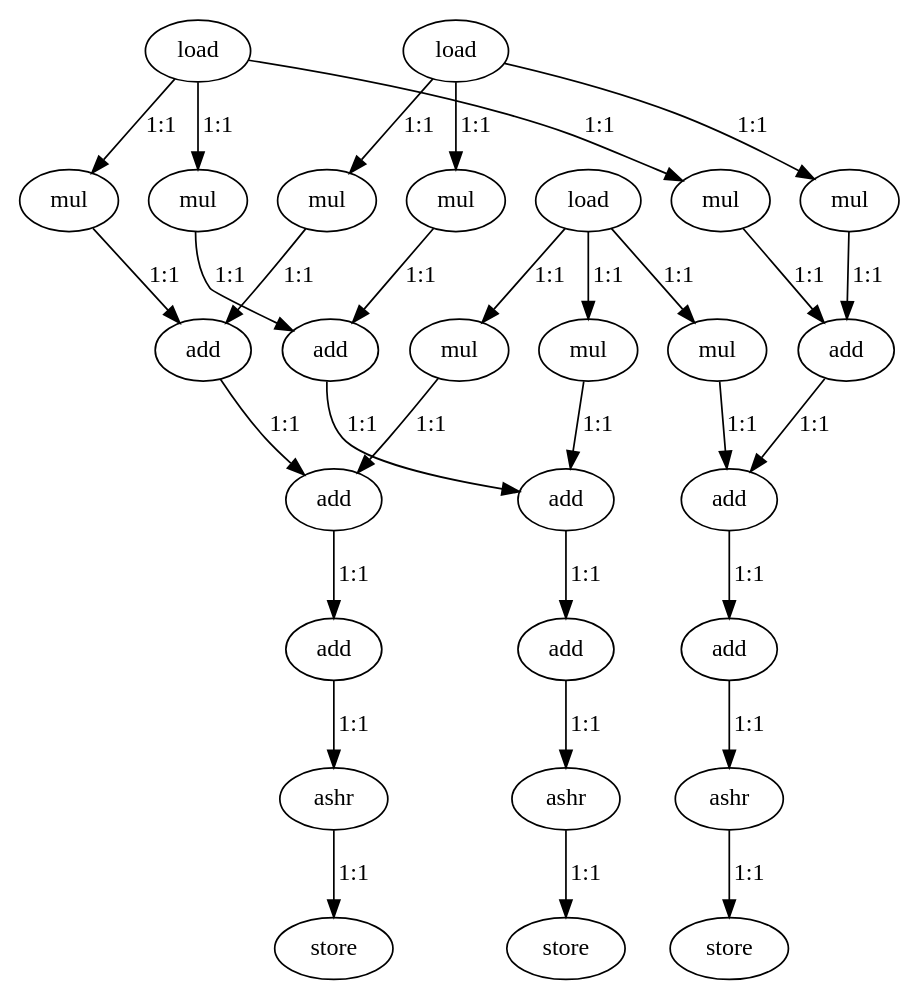
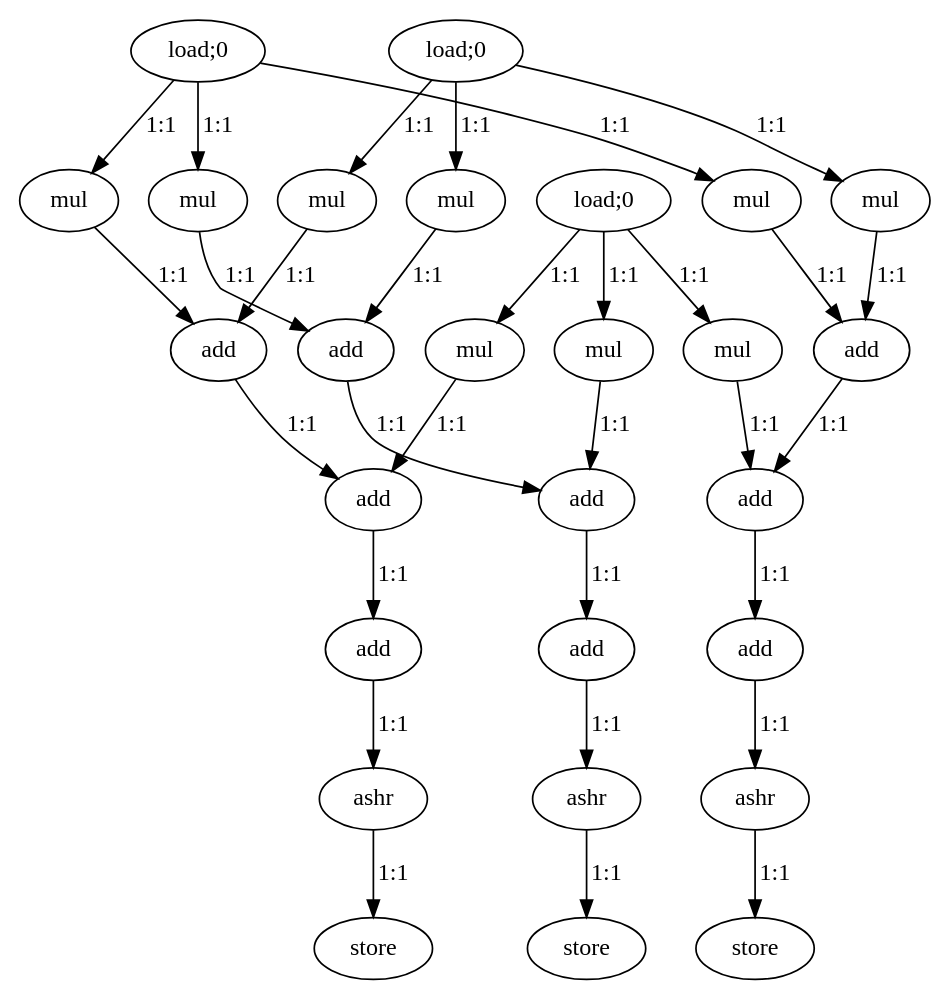
One commit to nikhilsambhus/DFGprop changed the diagram in large_dfgs/RGB2YIQ.dot. Above: the diagram before and after it, drawn with Graphviz. The commit also changed 16 other files, not shown here.

```diff
--- a/large_dfgs/RGB2YIQ.dot
+++ b/large_dfgs/RGB2YIQ.dot
@@ -1,63 +1,63 @@
 digraph RGB2YIQ {
-  0 [label="load"];
-  1 [label="load"];
+  0 [label="load;0"];
+  1 [label="load;0"];
   2 [label="mul"];
   3 [label="mul"];
   4 [label="mul"];
   5 [label="mul"];
-  6 [label="load"];
+  6 [label="load;0"];
   7 [label="mul"];
   8 [label="mul"];
   9 [label="add"];
   10 [label="add"];
   11 [label="mul"];
   12 [label="mul"];
   13 [label="mul"];
   14 [label="add"];
   15 [label="add"];
   16 [label="add"];
   17 [label="add"];
   18 [label="add"];
   19 [label="add"];
   20 [label="add"];
   21 [label="ashr"];
   22 [label="ashr"];
   23 [label="ashr"];
   24 [label="store"];
   25 [label="store"];
   26 [label="store"];
 
 
   0->2 [label="1:1"];
   0->3 [label="1:1"];
   0->7 [label="1:1"];
   1->4 [label="1:1"];
   1->5 [label="1:1"];
   1->8 [label="1:1"];
   2->9 [label="1:1"];
   3->10 [label="1:1"];
   4->9 [label="1:1"];
   5->10 [label="1:1"];
   6->11 [label="1:1"];
   6->12 [label="1:1"];
   6->13 [label="1:1"];
   7->14 [label="1:1"];
   8->14 [label="1:1"];
   9->15 [label="1:1"];
   10->16 [label="1:1"];
   11->15 [label="1:1"];
   12->16 [label="1:1"];
   13->17 [label="1:1"];
   14->17 [label="1:1"];
   15->18 [label="1:1"];
   16->19 [label="1:1"];
   17->20 [label="1:1"];
   18->21 [label="1:1"];
   19->22 [label="1:1"];
   20->23 [label="1:1"];
   21->24 [label="1:1"];
   22->25 [label="1:1"];
   23->26 [label="1:1"];
 
 
 }
```
